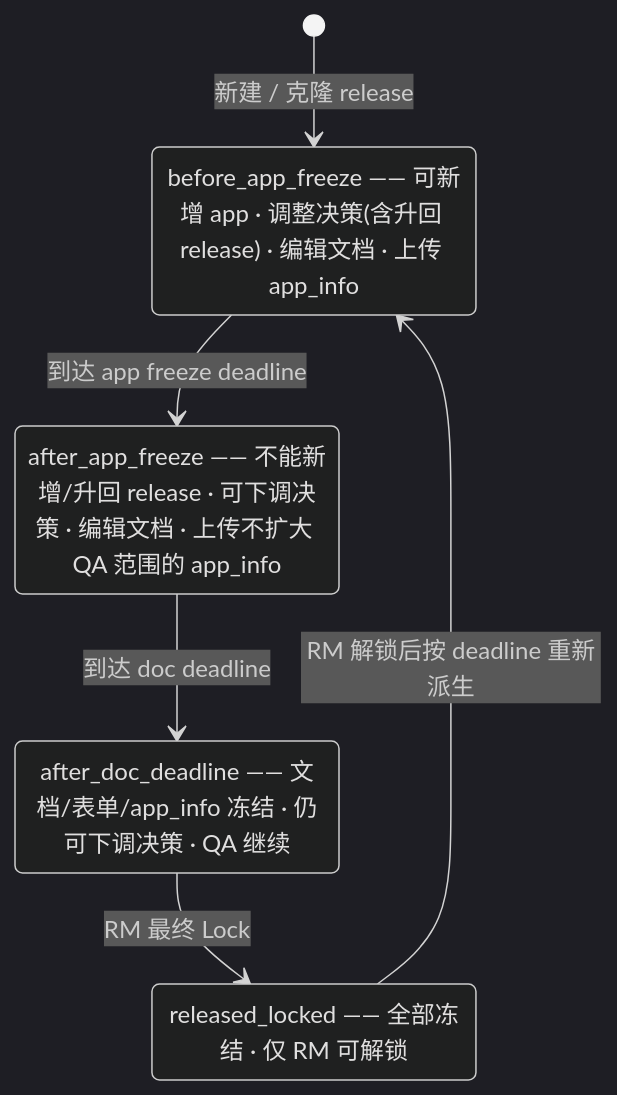
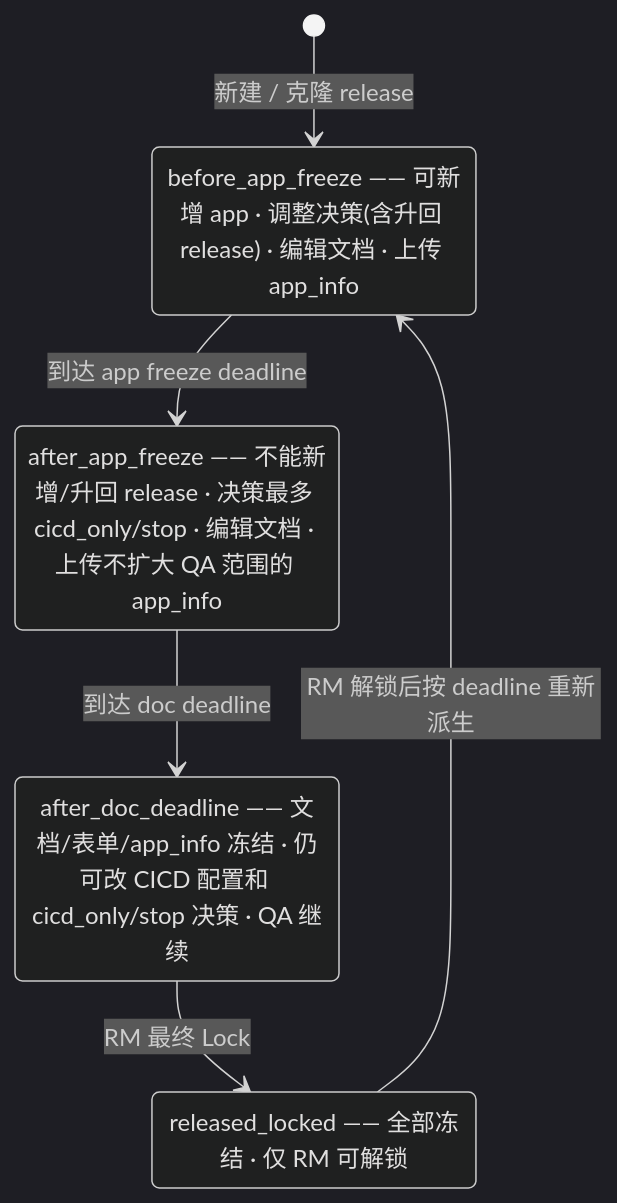
The second of 3 diagrams in README.md (zzwz02/hpc-release-system), drawn with Mermaid (dark theme) before and after one commit. The commit also changed other lines of this file and 2 other files, not shown here.

First line of the commit message:
docs: 固化 CICD-first 与决策同步语义

````diff
--- a/README.md
+++ b/README.md
@@ -131,13 +131,13 @@
 ```mermaid
 stateDiagram-v2
   [*] --> before_app_freeze: 新建 / 克隆 release
   before_app_freeze --> after_app_freeze: 到达 app freeze deadline
   after_app_freeze --> after_doc_deadline: 到达 doc deadline
   after_doc_deadline --> released_locked: RM 最终 Lock
   released_locked --> before_app_freeze: RM 解锁后按 deadline 重新派生
 
   before_app_freeze: before_app_freeze —— 可新增 app · 调整决策(含升回 release) · 编辑文档 · 上传 app_info
-  after_app_freeze: after_app_freeze —— 不能新增/升回 release · 可下调决策 · 编辑文档 · 上传不扩大 QA 范围的 app_info
-  after_doc_deadline: after_doc_deadline —— 文档/表单/app_info 冻结 · 仍可下调决策 · QA 继续
+  after_app_freeze: after_app_freeze —— 不能新增/升回 release · 决策最多 cicd_only/stop · 编辑文档 · 上传不扩大 QA 范围的 app_info
+  after_doc_deadline: after_doc_deadline —— 文档/表单/app_info 冻结 · 仍可改 CICD 配置和 cicd_only/stop 决策 · QA 继续
   released_locked: released_locked —— 全部冻结 · 仅 RM 可解锁
 ```
````
